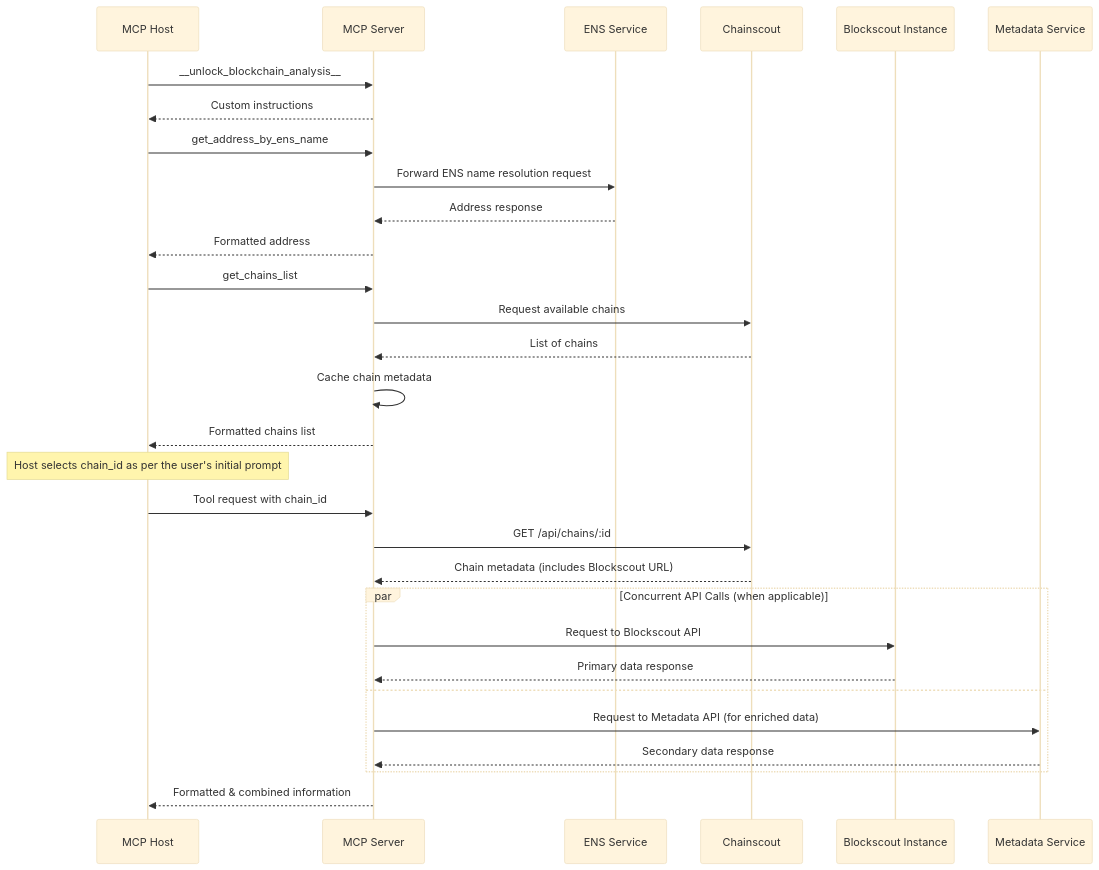
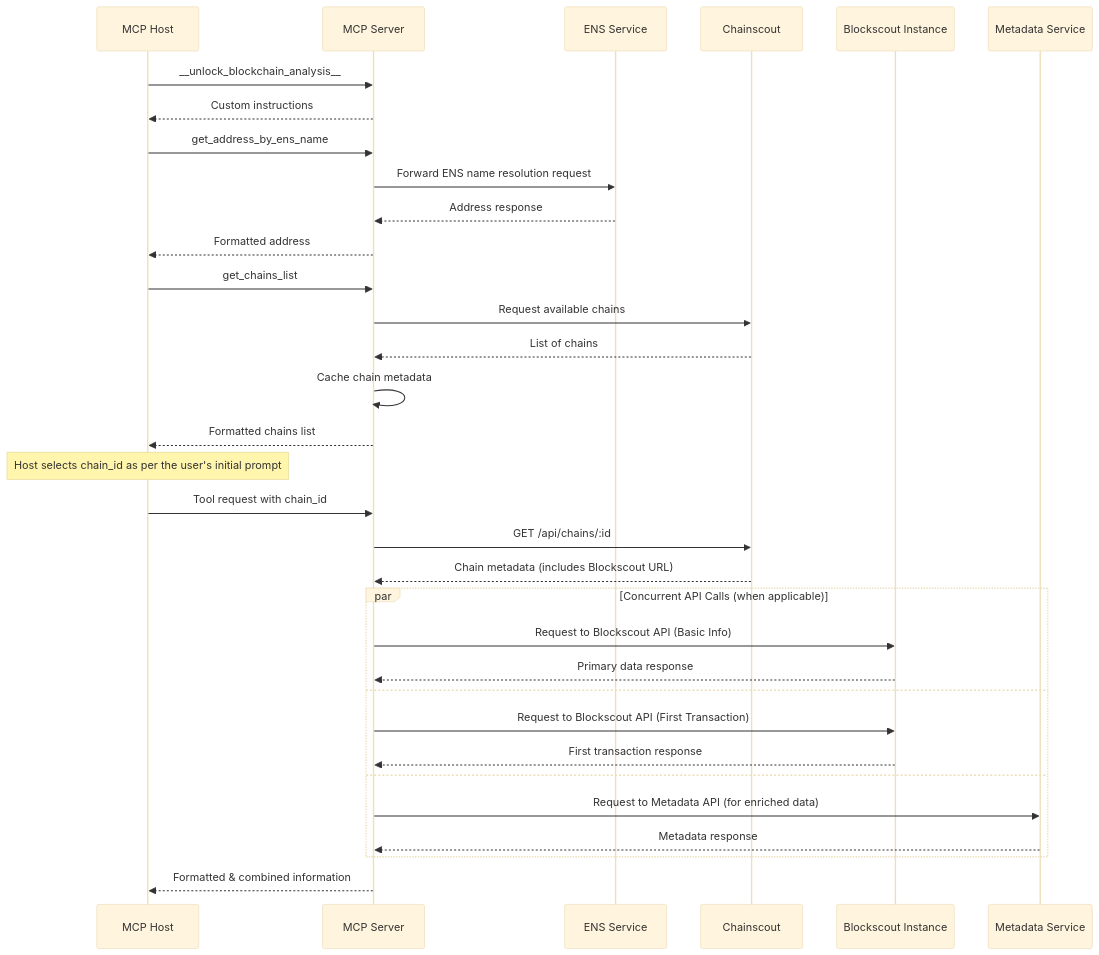
Before and after one commit to blockscout/mcp-server: the first of 3 diagrams in SPEC.md, drawn with Mermaid (base theme). The commit also changed other lines of this file, not shown here.

Commit message:
Update SPEC: document get_address_info concurrent requests and research optimization (#276)

````diff
--- a/SPEC.md
+++ b/SPEC.md
@@ -39,37 +39,40 @@
 ```mermaid
 sequenceDiagram
     participant AI as MCP Host
     participant MCP as MCP Server
     participant BENS as ENS Service
     participant CS as Chainscout
     participant BS as Blockscout Instance
     participant Metadata as Metadata Service
 
     AI->>MCP: __unlock_blockchain_analysis__
     MCP-->>AI: Custom instructions
 
     AI->>MCP: get_address_by_ens_name
     MCP->>BENS: Forward ENS name resolution request
     BENS-->>MCP: Address response
     MCP-->>AI: Formatted address
 
     AI->>MCP: get_chains_list
     MCP->>CS: Request available chains
     CS-->>MCP: List of chains
     MCP->>MCP: Cache chain metadata
     MCP-->>AI: Formatted chains list
 
     Note over AI: Host selects chain_id as per the user's initial prompt
 
     AI->>MCP: Tool request with chain_id
     MCP->>CS: GET /api/chains/:id
     CS-->>MCP: Chain metadata (includes Blockscout URL)
     par Concurrent API Calls (when applicable)
-        MCP->>BS: Request to Blockscout API
+        MCP->>BS: Request to Blockscout API (Basic Info)
         BS-->>MCP: Primary data response
     and
+        MCP->>BS: Request to Blockscout API (First Transaction)
+        BS-->>MCP: First transaction response
+    and
         MCP->>Metadata: Request to Metadata API (for enriched data)
-        Metadata-->>MCP: Secondary data response
+        Metadata-->>MCP: Metadata response
     end
     MCP-->>AI: Formatted & combined information
 ```
````
